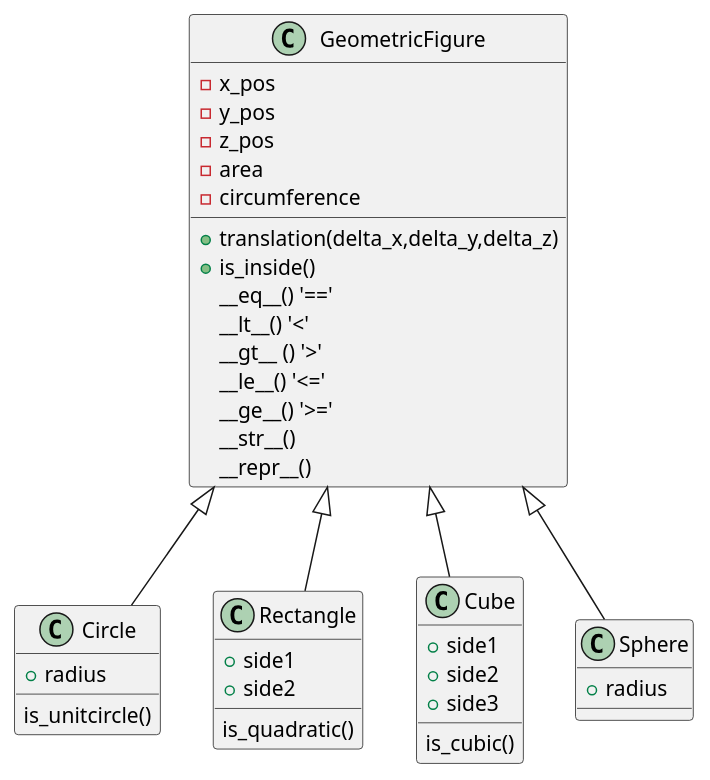
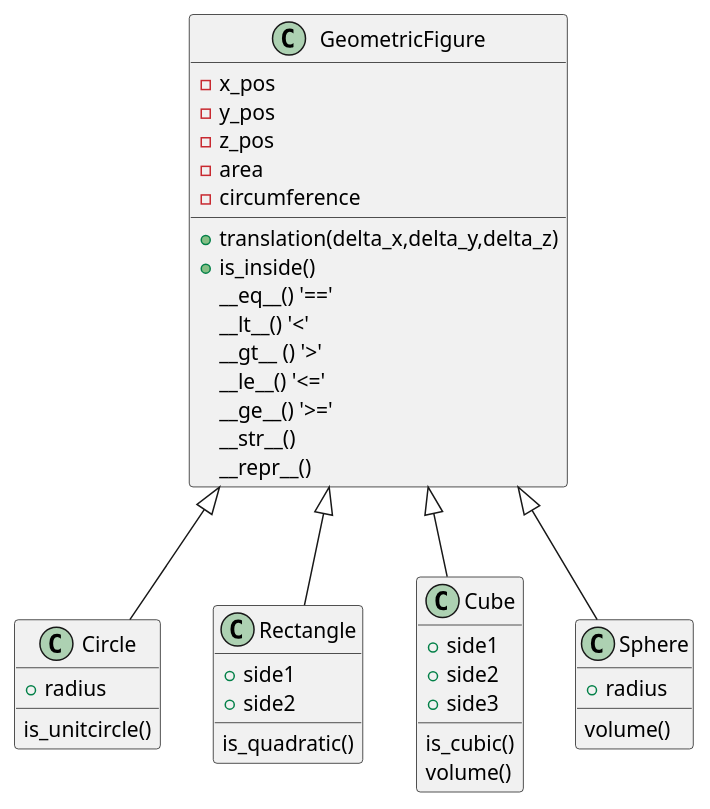
One commit to dancla240/Python_Daniel_Claesson changed the diagram in Lab3/Lab3_UML.md. Above: the diagram before and after it, drawn with PlantUML.

Commit message:
Added method volume to cube and sphere.

```diff
--- a/Lab3/Lab3_UML.md
+++ b/Lab3/Lab3_UML.md
@@ -3,48 +3,49 @@
 @startuml
 class GeometricFigure {  
 -x_pos  
 -y_pos  
 -z_pos
 -area  
 -circumference  
 +translation(delta_x,delta_y,delta_z)  
 +is_inside()  
 __eq__() '=='  
 __lt__() '<'  
 __gt__ () '>'  
 __le__() '<='  
 __ge__() '>='  
 __str__()  
 __repr__()  
 }  
   
 class Circle {  
 +radius  
 is_unitcircle()  
 }  
   
 class Rectangle {  
 +side1  
 +side2  
 is_quadratic()  
 }  
 
 class Cube {  
 +side1  
 +side2  
 +side3  
-is_cubic()  
+is_cubic()
+volume()    
 }
 
 class Sphere {  
 +radius  
-
+volume()  
 }
 
     
 GeometricFigure <|-- Circle  
 GeometricFigure <|-- Rectangle  
 GeometricFigure <|-- Cube
 GeometricFigure <|-- Sphere
   
 @enduml
```
